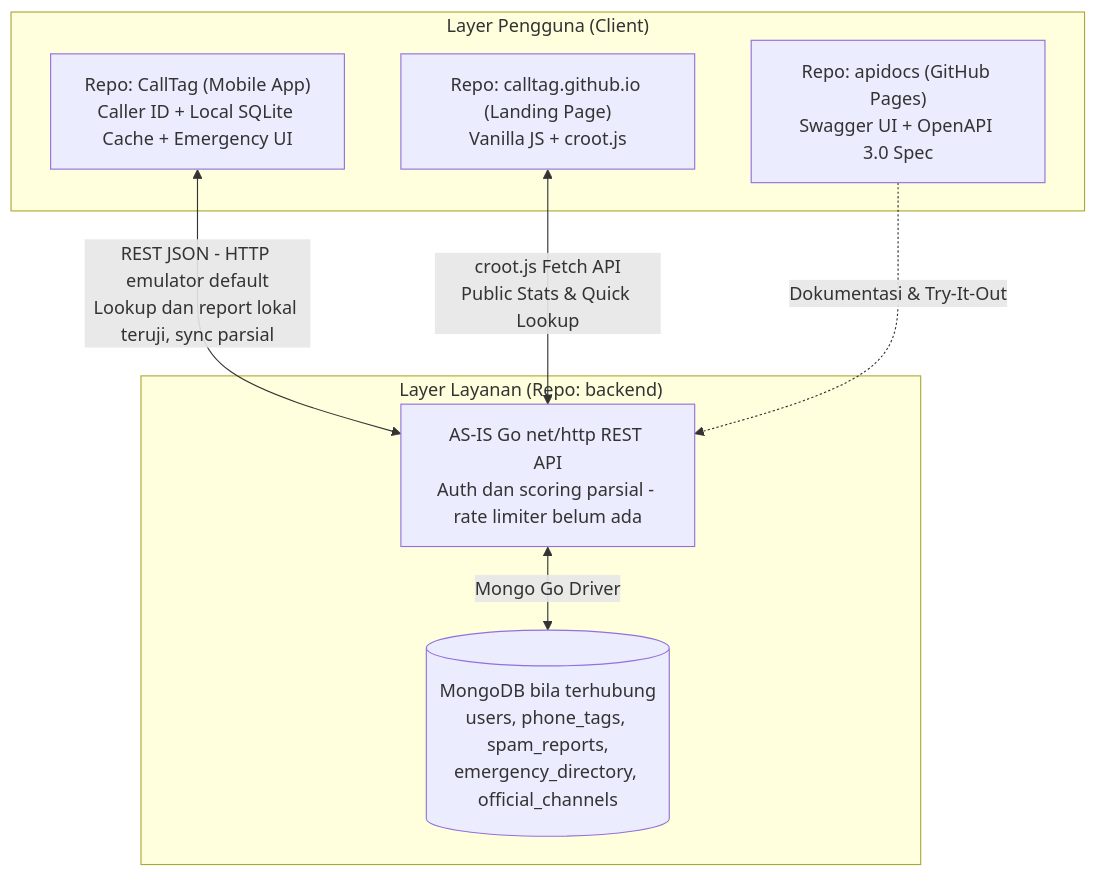
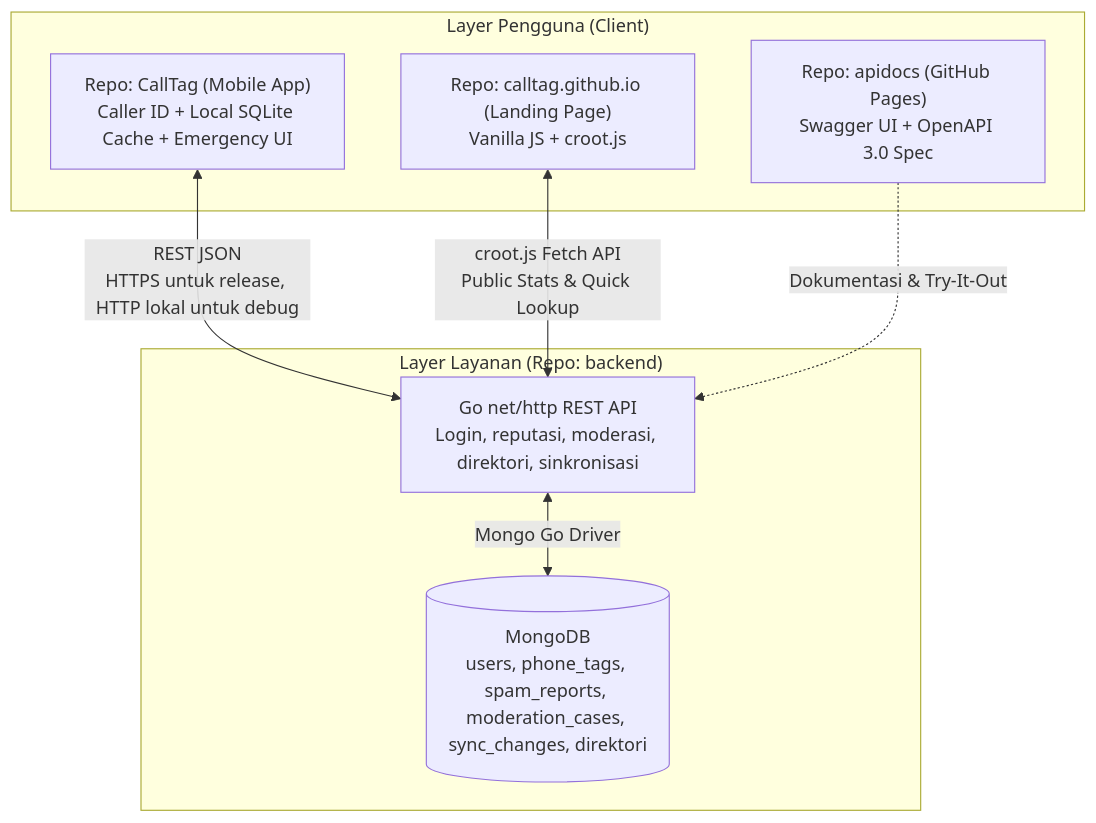
The first of 4 diagrams in PRD.md (CallTag/CallTag), drawn with Mermaid before and after one commit. The commit also changed other lines of this file and 9 other files, not shown here.

````diff
--- a/PRD.md
+++ b/PRD.md
@@ -300,18 +302,18 @@
 ```mermaid
 flowchart TD
     subgraph ClientLayer["Layer Pengguna (Client)"]
         Mobile["Repo: CallTag (Mobile App)\nCaller ID + Local SQLite Cache + Emergency UI"]
         Landing["Repo: calltag.github.io (Landing Page)\nVanilla JS + croot.js"]
         Docs["Repo: apidocs (GitHub Pages)\nSwagger UI + OpenAPI 3.0 Spec"]
     end
 
     subgraph BackendLayer["Layer Layanan (Repo: backend)"]
-        Gocroot["AS-IS Go net/http REST API\nAuth dan scoring parsial - rate limiter belum ada"]
-        Mongo[("MongoDB bila terhubung\nusers, phone_tags, spam_reports,\nemergency_directory, official_channels")]
+        Gocroot["Go net/http REST API\nLogin, reputasi, moderasi, direktori, sinkronisasi"]
+        Mongo[("MongoDB\nusers, phone_tags, spam_reports, moderation_cases, sync_changes, direktori")]
     end
 
-    Mobile <-->|"REST JSON - HTTP emulator default\nLookup dan report lokal teruji, sync parsial"| Gocroot
+    Mobile <-->|"REST JSON\nHTTPS untuk release, HTTP lokal untuk debug"| Gocroot
     Landing <-->|"croot.js Fetch API\nPublic Stats & Quick Lookup"| Gocroot
     Docs -.->|"Dokumentasi & Try-It-Out"| Gocroot
     Gocroot <-->|"Mongo Go Driver"| Mongo
 ```
````
